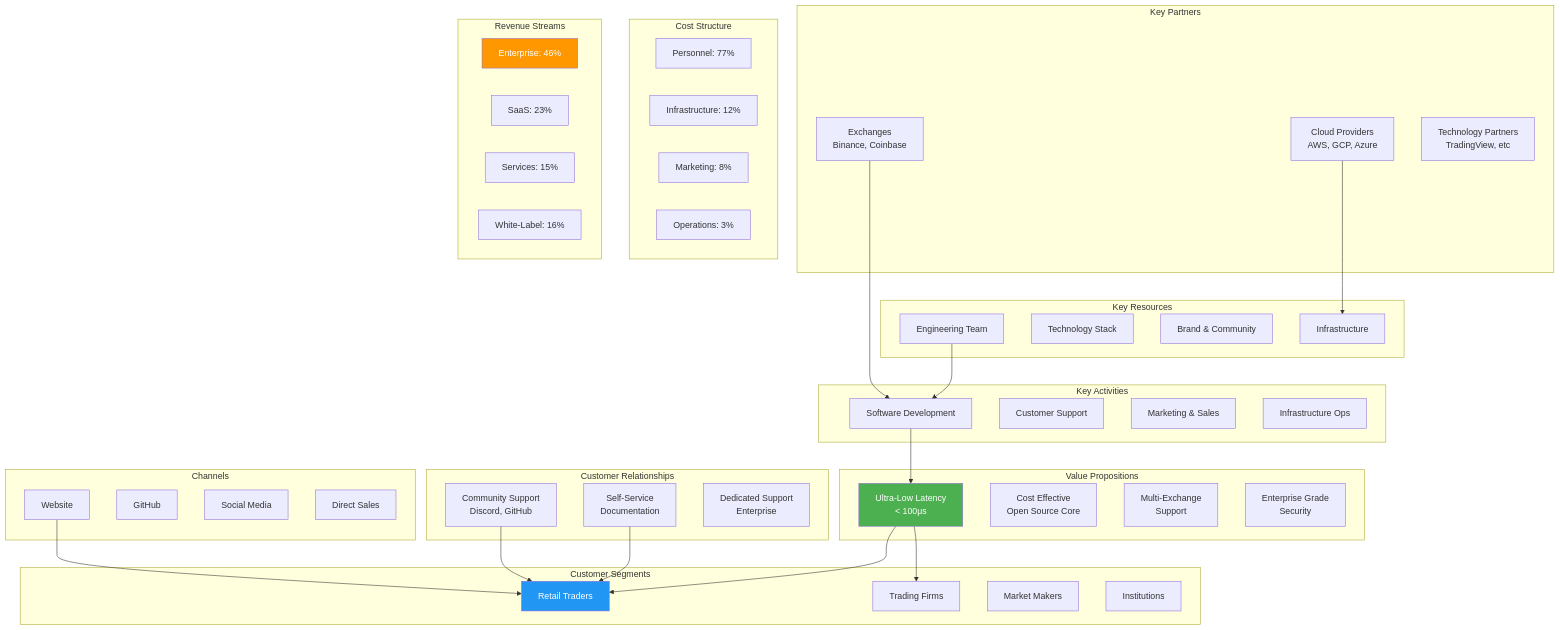
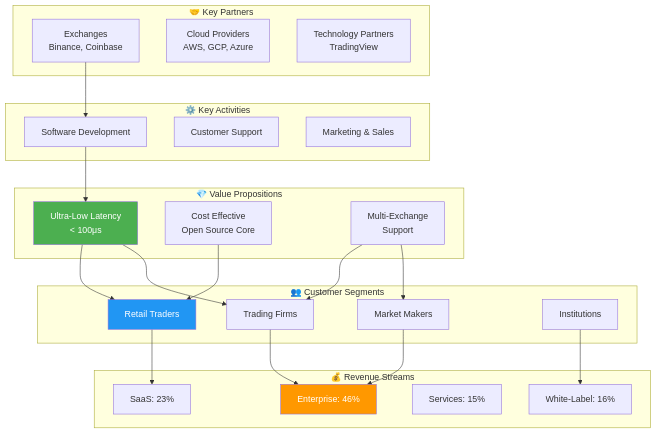
Before and after one commit to abdoElHodaky/tradSys: the first of 52 diagrams in diagrams.md, drawn with Mermaid. The commit also changed other lines of this file, not shown here.

````diff
--- a/diagrams.md
+++ b/diagrams.md
@@ -330,77 +36,50 @@
 ```mermaid
 graph TB
-    subgraph "Key Partners"
-        A1[Exchanges<br/>Binance, Coinbase]
-        A2[Cloud Providers<br/>AWS, GCP, Azure]
-        A3[Technology Partners<br/>TradingView, etc]
+    subgraph KeyPartners["🤝 Key Partners"]
+        A1["Exchanges<br/>Binance, Coinbase"]
+        A2["Cloud Providers<br/>AWS, GCP, Azure"]
+        A3["Technology Partners<br/>TradingView"]
     end
     
-    subgraph "Key Activities"
-        B1[Software Development]
-        B2[Customer Support]
-        B3[Marketing & Sales]
-        B4[Infrastructure Ops]
+    subgraph KeyActivities["⚙️ Key Activities"]
+        B1["Software Development"]
+        B2["Customer Support"]
+        B3["Marketing & Sales"]
     end
     
-    subgraph "Value Propositions"
-        C1[Ultra-Low Latency<br/>< 100μs]
-        C2[Cost Effective<br/>Open Source Core]
-        C3[Multi-Exchange<br/>Support]
-        C4[Enterprise Grade<br/>Security]
+    subgraph ValuePropositions["💎 Value Propositions"]
+        C1["Ultra-Low Latency<br/>< 100μs"]
+        C2["Cost Effective<br/>Open Source Core"]
+        C3["Multi-Exchange<br/>Support"]
     end
     
-    subgraph "Customer Relationships"
-        D1[Community Support<br/>Discord, GitHub]
-        D2[Self-Service<br/>Documentation]
-        D3[Dedicated Support<br/>Enterprise]
+    subgraph CustomerSegments["👥 Customer Segments"]
+        E1["Retail Traders"]
+        E2["Trading Firms"]
+        E3["Market Makers"]
+        E4["Institutions"]
     end
     
-    subgraph "Customer Segments"
-        E1[Retail Traders]
-        E2[Trading Firms]
-        E3[Market Makers]
-        E4[Institutions]
-    end
-    
-    subgraph "Key Resources"
-        F1[Engineering Team]
-        F2[Technology Stack]
-        F3[Brand & Community]
-        F4[Infrastructure]
-    end
-    
-    subgraph "Channels"
-        G1[Website]
-        G2[GitHub]
-        G3[Social Media]
-        G4[Direct Sales]
-    end
-    
-    subgraph "Cost Structure"
-        H1[Personnel: 77%]
-        H2[Infrastructure: 12%]
-        H3[Marketing: 8%]
-        H4[Operations: 3%]
-    end
-    
-    subgraph "Revenue Streams"
-        I1[Enterprise: 46%]
-        I2[SaaS: 23%]
-        I3[Services: 15%]
-        I4[White-Label: 16%]
+    subgraph RevenueStreams["💰 Revenue Streams"]
+        I1["Enterprise: 46%"]
+        I2["SaaS: 23%"]
+        I3["Services: 15%"]
+        I4["White-Label: 16%"]
     end
     
     A1 --> B1
-    A2 --> F4
     B1 --> C1
     C1 --> E1
     C1 --> E2
-    D1 --> E1
-    D2 --> E1
-    F1 --> B1
-    G1 --> E1
+    C2 --> E1
+    C3 --> E2
+    C3 --> E3
+    E1 --> I2
+    E2 --> I1
+    E3 --> I1
+    E4 --> I4
     
     style C1 fill:#4CAF50,color:#fff
     style E1 fill:#2196F3,color:#fff
     style I1 fill:#FF9800,color:#fff
 ```
````
